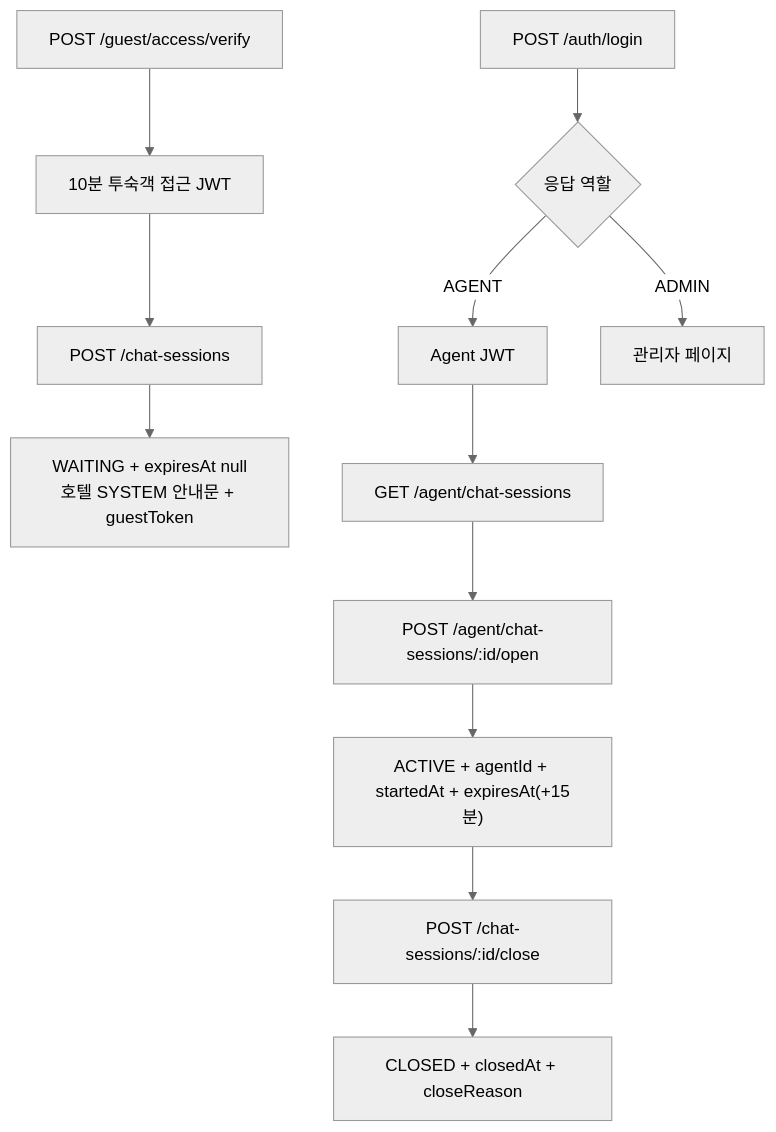
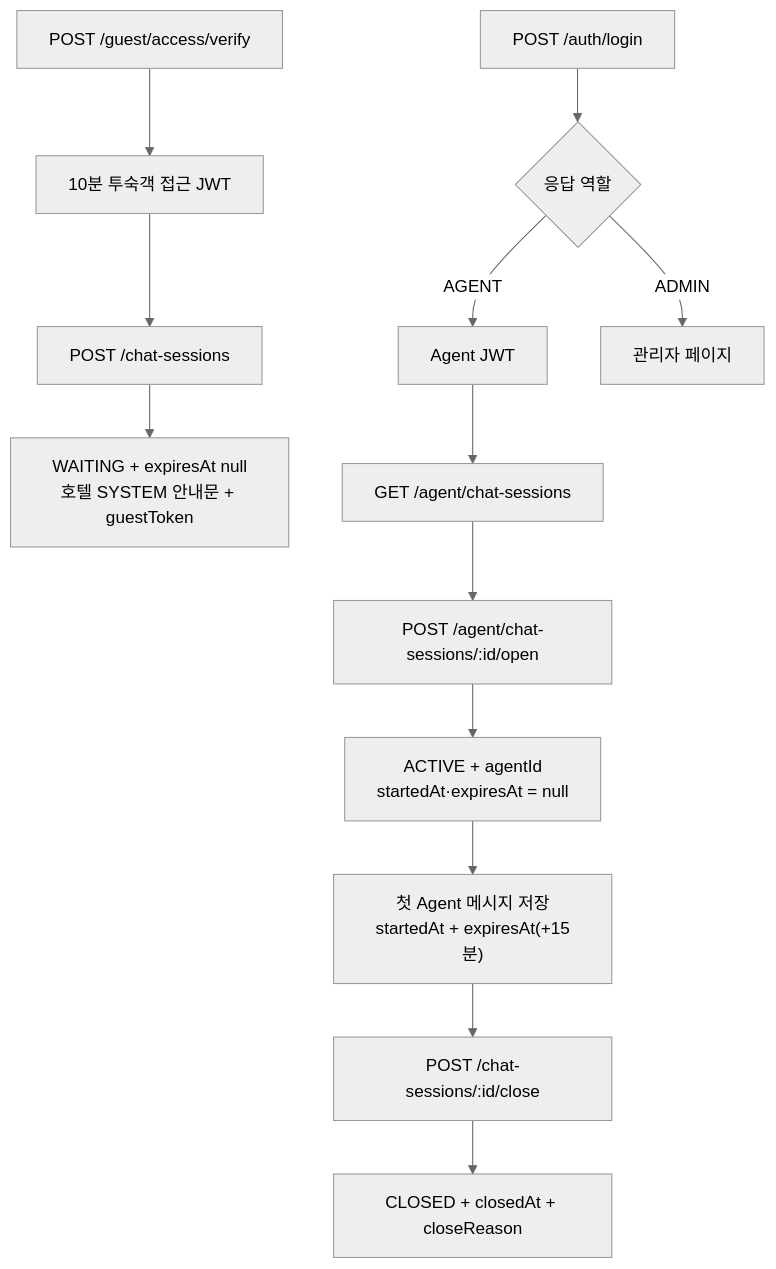
One commit to miffy9999/RemotePlus_Chat changed the sixth of 8 diagrams in docs/08_System_Blueprint.md. Above: the diagram before and after it, drawn with Mermaid (neutral theme). The commit also changed other lines of this file and 30 other files, not shown here.

````diff
--- a/docs/08_System_Blueprint.md
+++ b/docs/08_System_Blueprint.md
@@ -160,14 +160,15 @@
 ```mermaid
 flowchart TD
     Access["POST /guest/access/verify"] --> AccessToken["10분 투숙객 접근 JWT"]
     AccessToken --> Create["POST /chat-sessions"]
     Create --> Waiting["WAITING + expiresAt null\n호텔 SYSTEM 안내문 + guestToken"]
     Login["POST /auth/login"] --> Role{"응답 역할"}
     Role -->|AGENT| StaffToken["Agent JWT"]
     Role -->|ADMIN| AdminPage["관리자 페이지"]
     StaffToken --> List["GET /agent/chat-sessions"]
     List --> Open["POST /agent/chat-sessions/:id/open"]
-    Open --> Active["ACTIVE + agentId + startedAt + expiresAt(+15분)"]
-    Active --> Close["POST /chat-sessions/:id/close"]
+    Open --> Active["ACTIVE + agentId<br/>startedAt·expiresAt = null"]
+    Active --> FirstReply["첫 Agent 메시지 저장<br/>startedAt + expiresAt(+15분)"]
+    FirstReply --> Close["POST /chat-sessions/:id/close"]
     Close --> Closed["CLOSED + closedAt + closeReason"]
 ```
````
